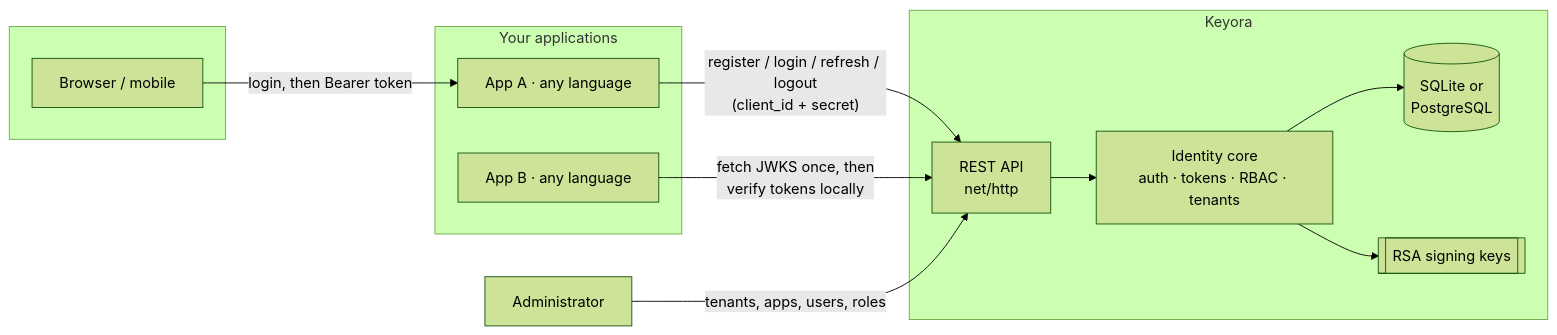
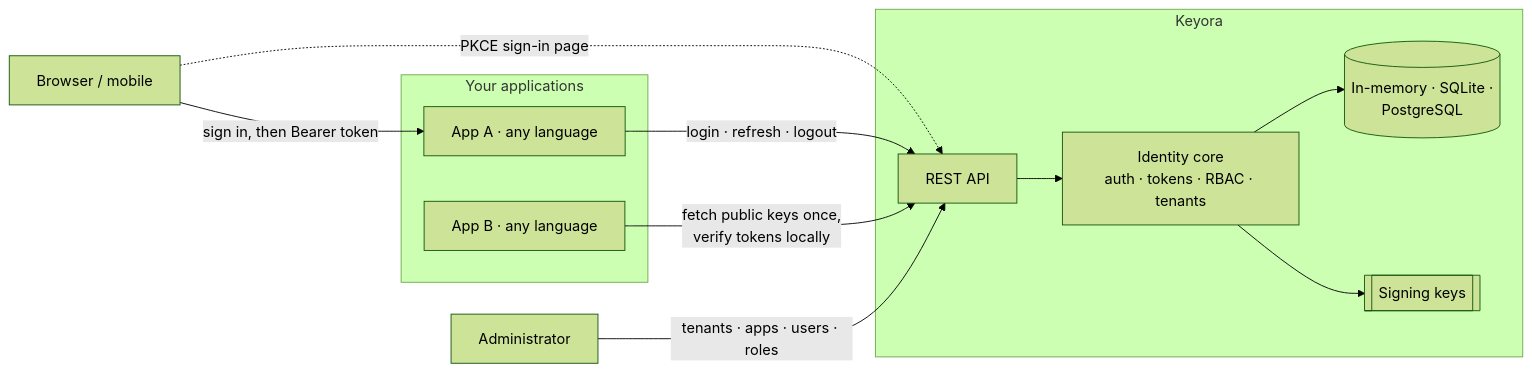
The diagram in README.md (rabbicse/keyora), drawn with Mermaid (forest theme) before and after one commit. The commit also changed other lines of this file and 4 other files, not shown here.

````diff
--- a/README.md
+++ b/README.md
@@ -157,22 +210,21 @@
 ```mermaid
 flowchart LR
-    subgraph clients[" "]
-        B[Browser / mobile]
-    end
+    B[Browser / mobile]
     subgraph yours[Your applications]
         A1[App A · any language]
         A2[App B · any language]
     end
     subgraph keyora[Keyora]
-        API[REST API<br/>net/http]
+        API[REST API]
         SVC[Identity core<br/>auth · tokens · RBAC · tenants]
-        ST[(SQLite or<br/>PostgreSQL)]
-        KEYS[[RSA signing keys]]
+        ST[(In-memory · SQLite ·<br/>PostgreSQL)]
+        KEYS[[Signing keys]]
         API --> SVC --> ST
         SVC --> KEYS
     end
-    B -- "login, then Bearer token" --> A1
-    A1 -- "register / login / refresh / logout<br/>(client_id + secret)" --> API
-    A2 -- "fetch JWKS once, then<br/>verify tokens locally" --> API
-    Admin[Administrator] -- "tenants, apps, users, roles" --> API
+    B -- "sign in, then Bearer token" --> A1
+    B -. "PKCE sign-in page" .-> API
+    A1 -- "login · refresh · logout" --> API
+    A2 -- "fetch public keys once,<br/>verify tokens locally" --> API
+    Admin[Administrator] -- "tenants · apps · users · roles" --> API
 ```
````
